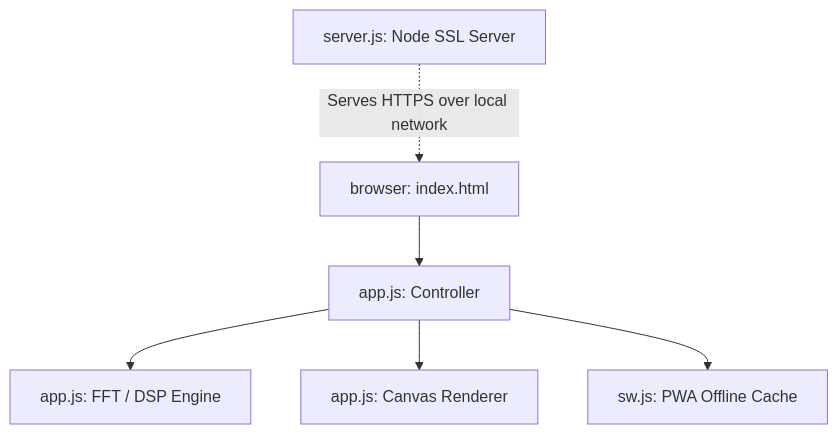
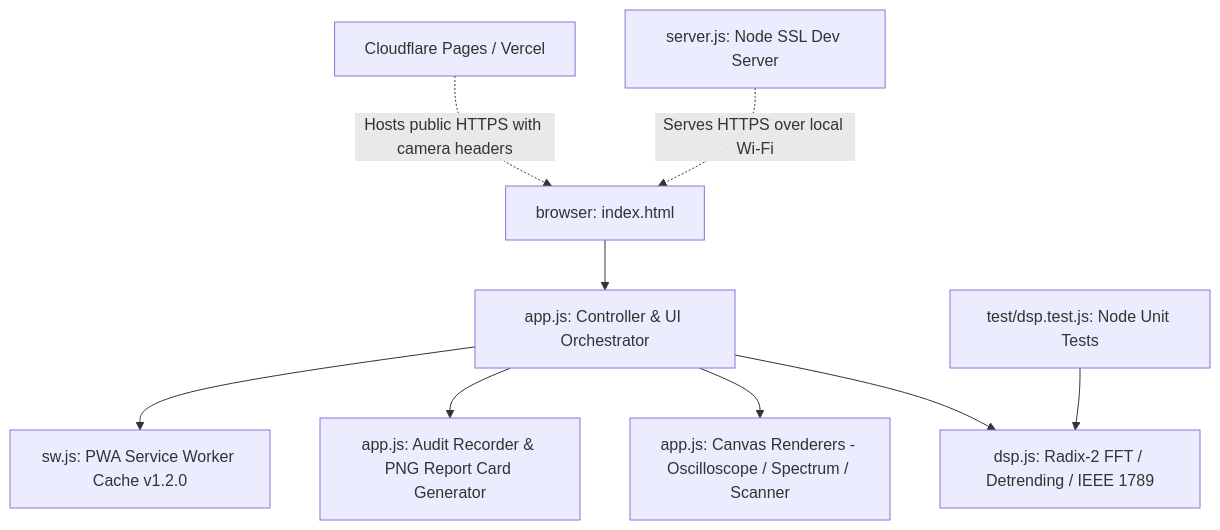
One commit to tonym128/flash_light changed the diagram in AGENT.md. Above: the diagram before and after it, drawn with Mermaid. The commit also changed other lines of this file and 11 other files, not shown here.

````diff
--- a/AGENT.md
+++ b/AGENT.md
@@ -11,8 +11,11 @@
 ```mermaid
 graph TD
-    A[browser: index.html] --> B[app.js: Controller]
-    B --> C[app.js: FFT / DSP Engine]
-    B --> D[app.js: Canvas Renderer]
-    B --> E[sw.js: PWA Offline Cache]
-    F[server.js: Node SSL Server] -.->|Serves HTTPS over local network| A
+    A[browser: index.html] --> B[app.js: Controller & UI Orchestrator]
+    B --> C[dsp.js: Radix-2 FFT / Detrending / IEEE 1789]
+    B --> D[app.js: Canvas Renderers - Oscilloscope / Spectrum / Scanner]
+    B --> E[app.js: Audit Recorder & PNG Report Card Generator]
+    B --> F[sw.js: PWA Service Worker Cache v1.2.0]
+    G[test/dsp.test.js: Node Unit Tests] --> C
+    H[server.js: Node SSL Dev Server] -.->|Serves HTTPS over local Wi-Fi| A
+    I[Cloudflare Pages / Vercel] -.->|Hosts public HTTPS with camera headers| A
 ```
````
